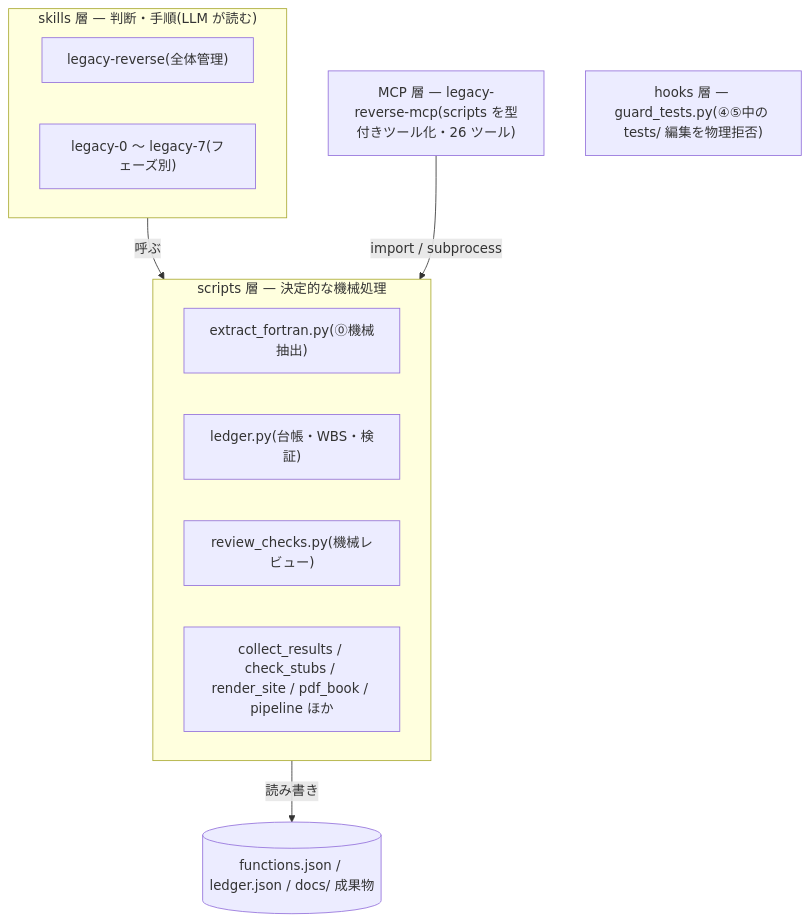
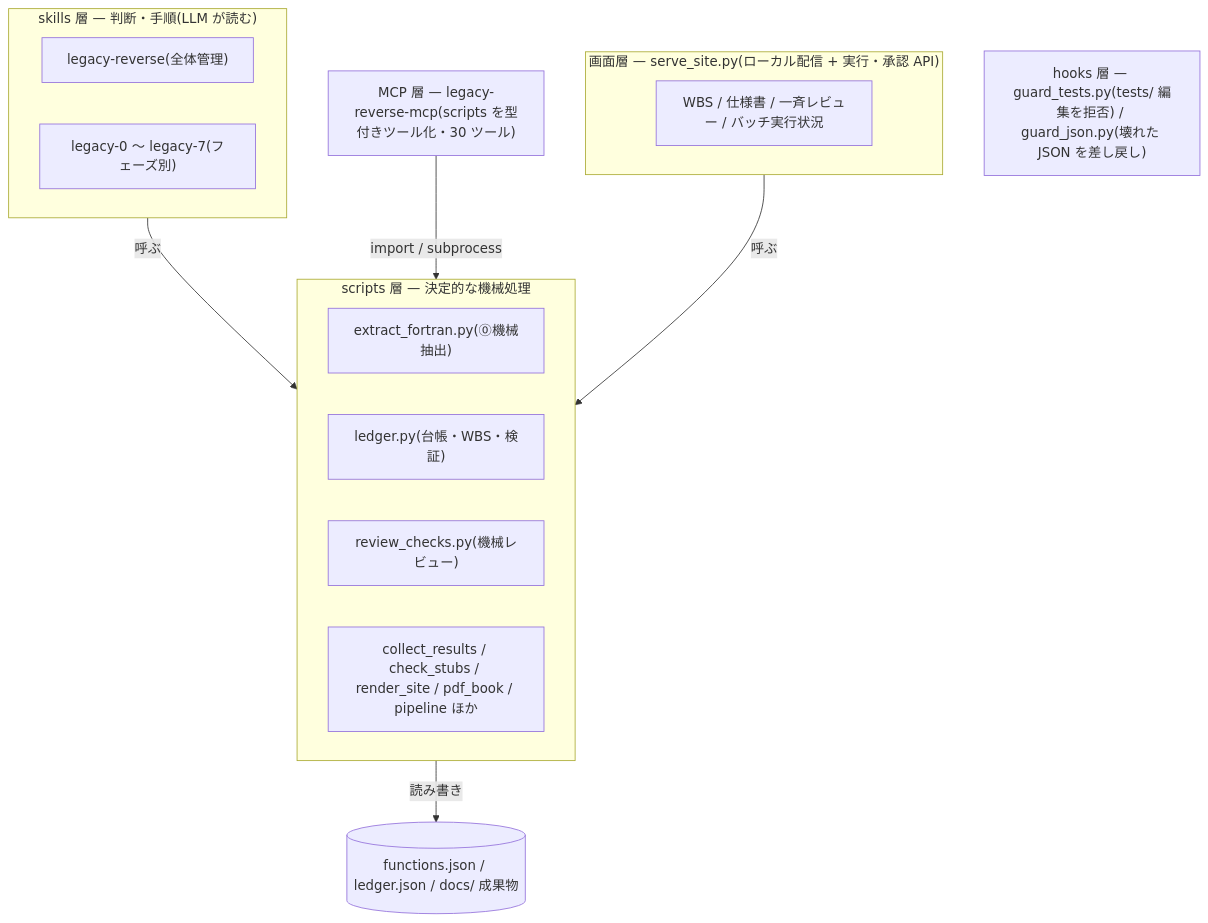
The second of 3 diagrams in docs/legacy-reverse/index.qmd (ctenopoma/skills), drawn with Mermaid before and after one commit. The commit also changed other lines of this file and 30 other files, not shown here.

````diff
--- a/docs/legacy-reverse/index.qmd
+++ b/docs/legacy-reverse/index.qmd
@@ -55,18 +57,22 @@
 ```{mermaid}
 flowchart TB
   subgraph L1["skills 層 — 判断・手順(LLM が読む)"]
     P["legacy-reverse(全体管理)"]
     S["legacy-0 〜 legacy-7(フェーズ別)"]
   end
   subgraph L2["scripts 層 — 決定的な機械処理"]
     EX["extract_fortran.py(⓪機械抽出)"]
     LG["ledger.py(台帳・WBS・検証)"]
     RV["review_checks.py(機械レビュー)"]
     OT["collect_results / check_stubs / render_site / pdf_book / pipeline ほか"]
   end
-  L3["MCP 層 — legacy-reverse-mcp(scripts を型付きツール化・26 ツール)"]
-  L4["hooks 層 — guard_tests.py(④⑤中の tests/ 編集を物理拒否)"]
+  subgraph L5["画面層 — serve_site.py(ローカル配信 + 実行・承認 API)"]
+    UI["WBS / 仕様書 / 一斉レビュー / バッチ実行状況"]
+  end
+  L3["MCP 層 — legacy-reverse-mcp(scripts を型付きツール化・30 ツール)"]
+  L4["hooks 層 — guard_tests.py(tests/ 編集を拒否) / guard_json.py(壊れた JSON を差し戻し)"]
   L1 -->|呼ぶ| L2
   L3 -->|import / subprocess| L2
+  L5 -->|呼ぶ| L2
   L2 -->|読み書き| D[("functions.json / ledger.json / docs/ 成果物")]
 ```
````
